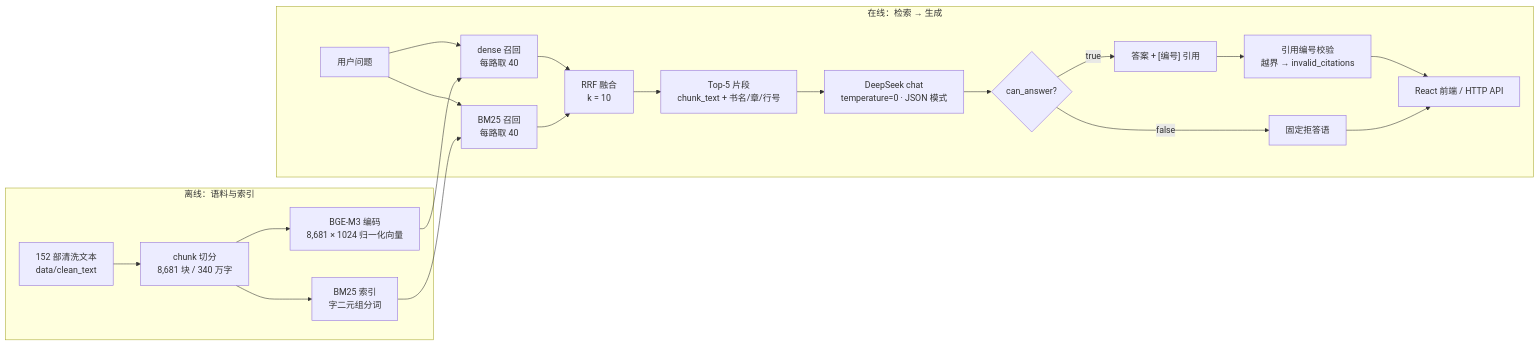
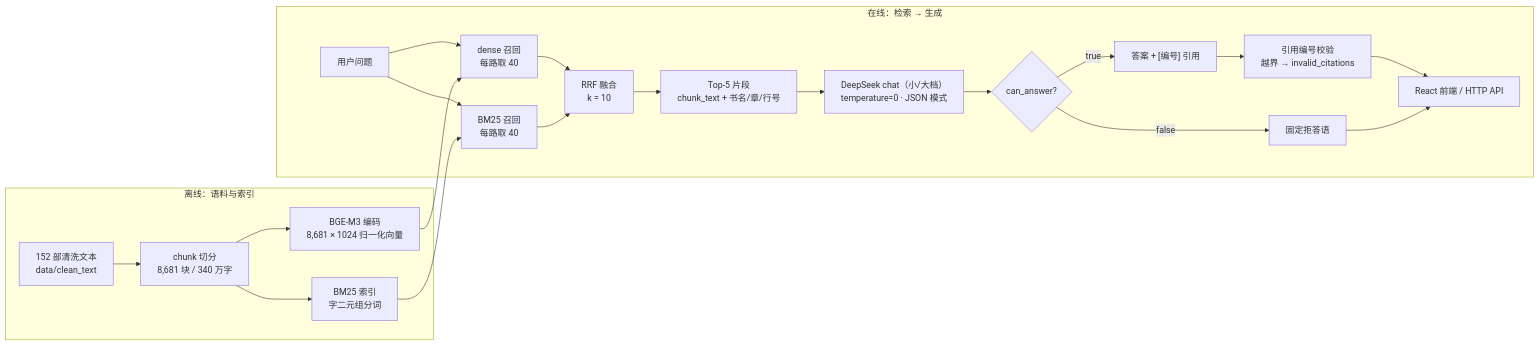
One commit to true-12138/mingli-rag changed the diagram in README.md. Above: the diagram before and after it, drawn with Mermaid. The commit also changed other lines of this file and 28 other files, not shown here.

````diff
--- a/README.md
+++ b/README.md
@@ -84,25 +84,25 @@
 ```mermaid
 flowchart LR
     subgraph OFFLINE["离线：语料与索引"]
         A["152 部清洗文本<br/>data/clean_text"] --> B["chunk 切分<br/>8,681 块 / 340 万字"]
         B --> C["BGE-M3 编码<br/>8,681 × 1024 归一化向量"]
         B --> D["BM25 索引<br/>字二元组分词"]
     end
 
     subgraph ONLINE["在线：检索 → 生成"]
         Q["用户问题"] --> E["dense 召回<br/>每路取 40"]
         Q --> F["BM25 召回<br/>每路取 40"]
         C --> E
         D --> F
         E --> G["RRF 融合<br/>k = 10"]
         F --> G
         G --> H["Top-5 片段<br/>chunk_text + 书名/章/行号"]
-        H --> I["DeepSeek chat<br/>temperature=0 · JSON 模式"]
+        H --> I["DeepSeek chat（小/大档）<br/>temperature=0 · JSON 模式"]
         I --> J{"can_answer?"}
         J -->|"true"| K["答案 + [编号] 引用"]
         J -->|"false"| L["固定拒答语"]
         K --> M["引用编号校验<br/>越界 → invalid_citations"]
         M --> N["React 前端 / HTTP API"]
         L --> N
     end
 ```
````
